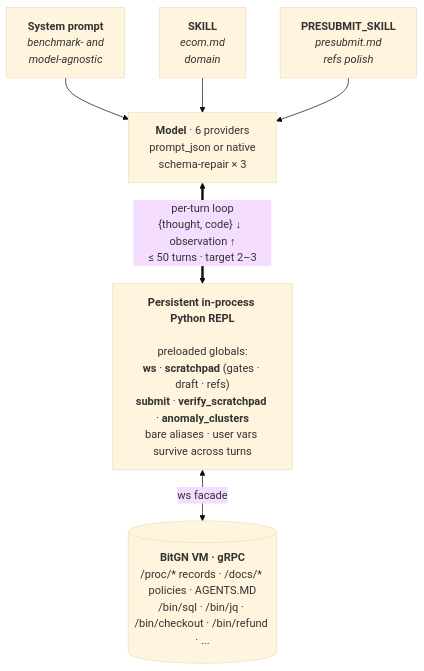
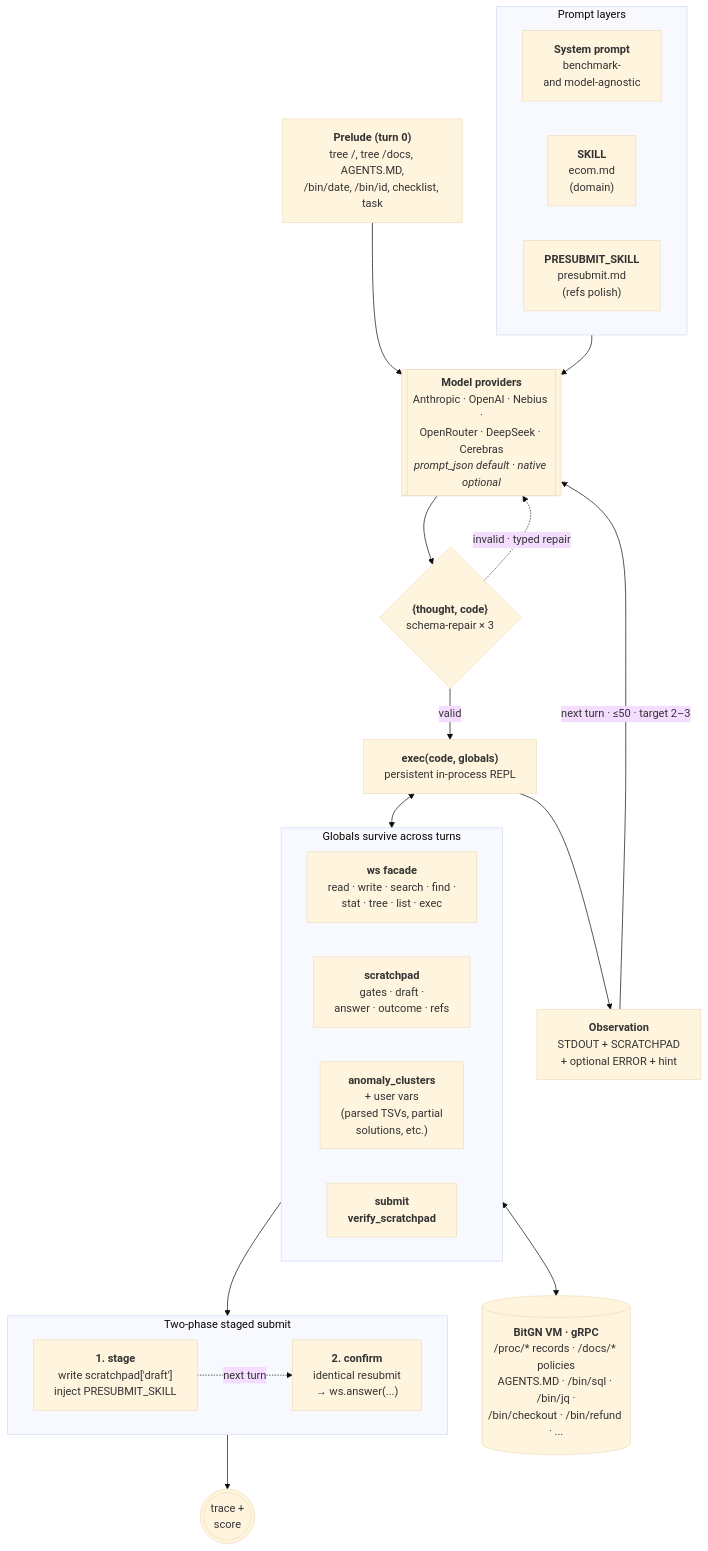
The diagram in README.md (vetertann/bitgn-ecom-a-agent), drawn with Mermaid (base theme) before and after one commit. The commit also changed other lines of this file and 2 other files, not shown here.

Commit message:
README: compact Pangolin-style rewrite, single architecture diagram

````diff
--- a/README.md
+++ b/README.md
@@ -26,18 +43,50 @@
 ```mermaid
 flowchart TB
-    SP["<b>System prompt</b><br/><i>benchmark- and<br/>model-agnostic</i>"]
-    SK["<b>SKILL</b><br/><i>ecom.md<br/>domain</i>"]
-    PS["<b>PRESUBMIT_SKILL</b><br/><i>presubmit.md<br/>refs polish</i>"]
+    subgraph PROMPT["Prompt layers"]
+        direction LR
+        SP["<b>System prompt</b><br/>benchmark-<br/>and model-agnostic"]
+        SK["<b>SKILL</b><br/>ecom.md<br/>(domain)"]
+        PS["<b>PRESUBMIT_SKILL</b><br/>presubmit.md<br/>(refs polish)"]
+    end
 
-    MODEL["<b>Model</b> · 6 providers<br/>prompt_json or native<br/>schema-repair × 3"]
+    PRELUDE["<b>Prelude (turn 0)</b><br/>tree /, tree /docs, AGENTS.MD,<br/>/bin/date, /bin/id, checklist, task"]
 
-    REPL["<b>Persistent in-process Python REPL</b><br/><br/>preloaded globals:<br/><b>ws</b> · <b>scratchpad</b> (gates · draft · refs)<br/><b>submit</b> · <b>verify_scratchpad</b> · <b>anomaly_clusters</b><br/>bare aliases · user vars survive across turns"]
+    MODEL[["<b>Model providers</b><br/>Anthropic · OpenAI · Nebius ·<br/>OpenRouter · DeepSeek · Cerebras<br/><i>prompt_json default · native optional</i>"]]
 
-    VM[("<b>BitGN VM · gRPC</b><br/>/proc/* records · /docs/* policies · AGENTS.MD<br/>/bin/sql · /bin/jq · /bin/checkout · /bin/refund · ...")]
+    TC{"<b>{thought, code}</b><br/>schema-repair × 3"}
 
-    SP --> MODEL
-    SK --> MODEL
-    PS --> MODEL
-    MODEL <==>|"per-turn loop<br/>{thought, code} ↓  observation ↑<br/>≤ 50 turns · target 2–3"| REPL
-    REPL <-->|"ws facade"| VM
+    EXEC["<b>exec(code, globals)</b><br/>persistent in-process REPL"]
+
+    subgraph GLOBALS["Globals survive across turns"]
+        direction LR
+        WS["<b>ws facade</b><br/>read · write · search · find ·<br/>stat · tree · list · exec"]
+        SCR["<b>scratchpad</b><br/>gates · draft ·<br/>answer · outcome · refs"]
+        PRIM["<b>anomaly_clusters</b><br/>+ user vars<br/>(parsed TSVs, partial<br/>solutions, etc.)"]
+        SUB["<b>submit</b><br/><b>verify_scratchpad</b>"]
+    end
+
+    VM[("<b>BitGN VM · gRPC</b><br/>/proc/* records · /docs/* policies<br/>AGENTS.MD · /bin/sql · /bin/jq ·<br/>/bin/checkout · /bin/refund · ...")]
+
+    OBS["<b>Observation</b><br/>STDOUT + SCRATCHPAD<br/>+ optional ERROR + hint"]
+
+    subgraph SUBMIT["Two-phase staged submit"]
+        direction LR
+        STAGE1["<b>1. stage</b><br/>write scratchpad['draft']<br/>inject PRESUBMIT_SKILL"]
+        STAGE2["<b>2. confirm</b><br/>identical resubmit<br/>→ ws.answer(...)"]
+        STAGE1 -.->|next turn| STAGE2
+    end
+
+    DONE((("trace +<br/>score")))
+
+    PROMPT --> MODEL
+    PRELUDE --> MODEL
+    MODEL --> TC
+    TC -->|valid| EXEC
+    TC -.->|invalid · typed repair| MODEL
+    EXEC <--> GLOBALS
+    WS <--> VM
+    EXEC --> OBS
+    OBS -->|next turn · ≤50 · target 2–3| MODEL
+    SUB --> SUBMIT
+    STAGE2 --> DONE
 ```
````
